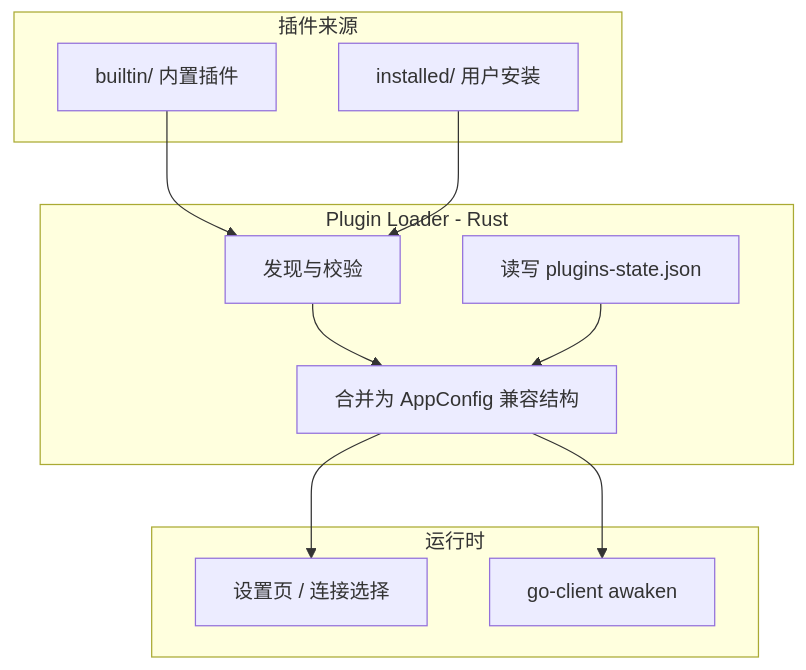
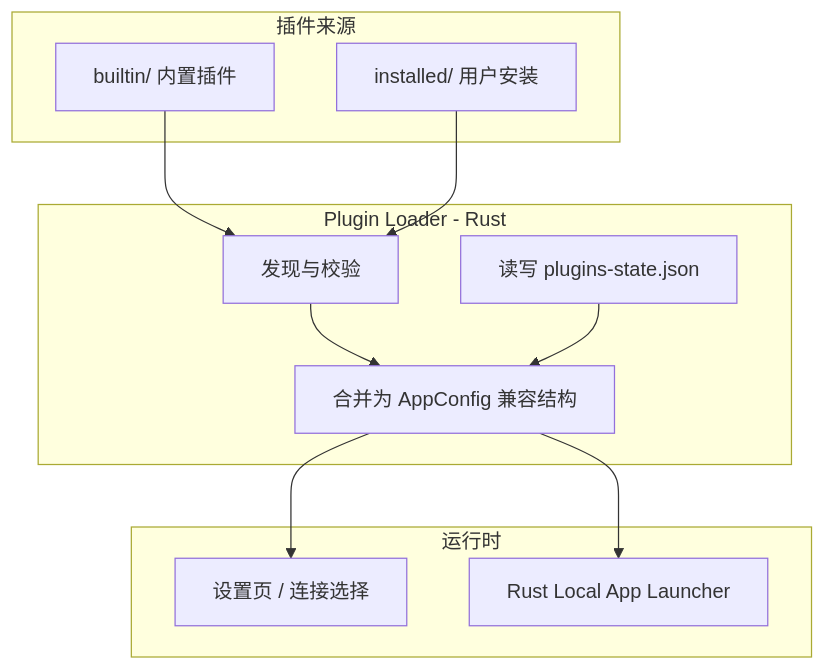
One commit to jumpserver/luna changed the first of 2 diagrams in docs/plugins/DESIGN.md. Above: the diagram before and after it, drawn with Mermaid. The commit also changed other lines of this file and 75 other files, not shown here.

Commit message:
perf: change go-client to rust-client

````diff
--- a/docs/plugins/DESIGN.md
+++ b/docs/plugins/DESIGN.md
@@ -31,25 +31,25 @@
 ```mermaid
 flowchart TB
     subgraph sources [插件来源]
         B[builtin/ 内置插件]
         I[installed/ 用户安装]
     end
 
     subgraph loader [Plugin Loader - Rust]
         D[发现与校验]
         M[合并为 AppConfig 兼容结构]
         S[读写 plugins-state.json]
     end
 
     subgraph runtime [运行时]
         UI[设置页 / 连接选择]
-        AW[go-client awaken]
+        AW[Rust Local App Launcher]
     end
 
     B --> D
     I --> D
     D --> M
     S --> M
     M --> UI
     M --> AW
 ```
````
